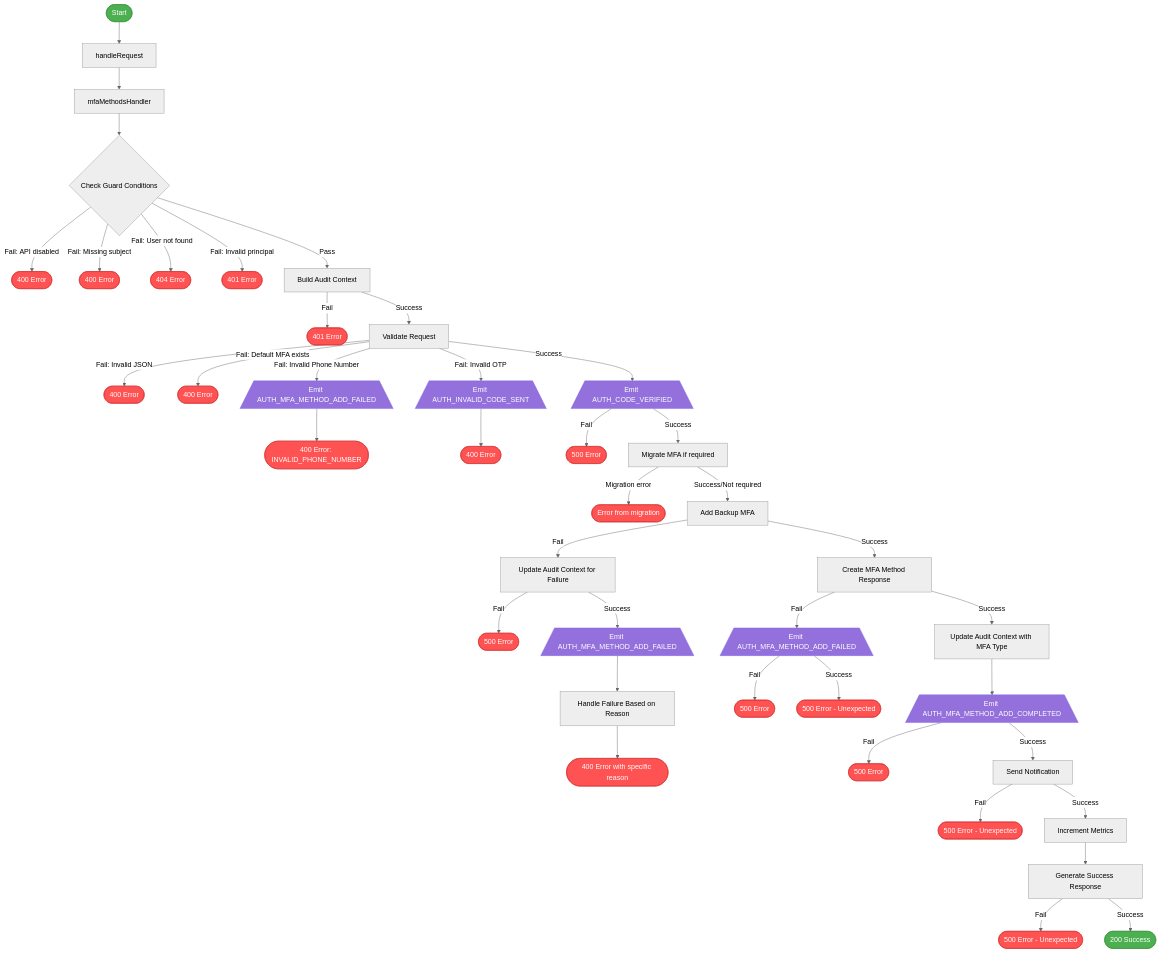
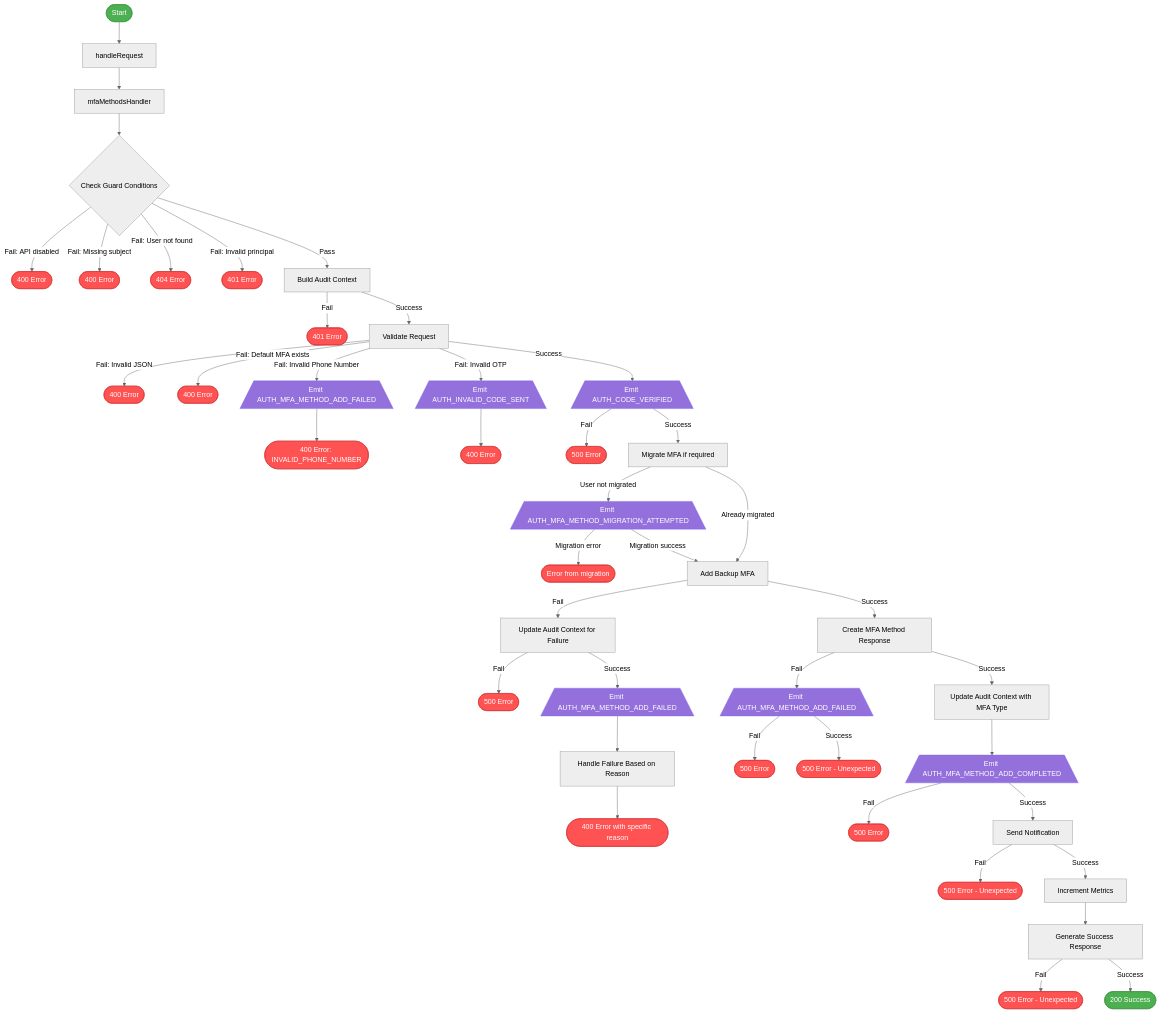
The diagram in account-management-api/docs/diagrams/mfa_method_creation_flow.md (govuk-one-login/authentication-api), drawn with Mermaid (neutral theme) before and after one commit. The commit also changed other lines of this file and 1 other file, not shown here.

Commit message:
AUT-4525: Add missing event to diagrams

```diff
--- a/account-management-api/docs/diagrams/mfa_method_creation_flow.md
+++ b/account-management-api/docs/diagrams/mfa_method_creation_flow.md
@@ -30,9 +30,12 @@
     EmitCodeVerified -->|Fail| End9([500 Error])
     
     EmitCodeVerified -->|Success| MigrateMFA[Migrate MFA if required]
-    MigrateMFA -->|Migration error| End10([Error from migration])
+    MigrateMFA -->|User not migrated| EmitMigrationAttempted[/Emit AUTH_MFA_METHOD_MIGRATION_ATTEMPTED\]
+    EmitMigrationAttempted -->|Migration error| End10([Error from migration])
+    EmitMigrationAttempted -->|Migration success| AddBackupMFA[Add Backup MFA]
     
-    MigrateMFA -->|Success/Not required| AddBackupMFA[Add Backup MFA]
+    MigrateMFA -->|Already migrated| AddBackupMFA
+    
     AddBackupMFA -->|Fail| UpdateAuditContext[Update Audit Context for Failure]
     UpdateAuditContext -->|Fail| End11([500 Error])
     UpdateAuditContext -->|Success| EmitAddFailed[/Emit AUTH_MFA_METHOD_ADD_FAILED\]
@@ -59,6 +62,7 @@
     style Start fill:#4CAF50,stroke:#388E3C,color:white
     style EmitInvalidCode fill:#9370DB,stroke:#7B68EE,color:white
     style EmitCodeVerified fill:#9370DB,stroke:#7B68EE,color:white
+    style EmitMigrationAttempted fill:#9370DB,stroke:#7B68EE,color:white
     style EmitAddFailed fill:#9370DB,stroke:#7B68EE,color:white
     style EmitAddFailedResponse fill:#9370DB,stroke:#7B68EE,color:white
     style EmitAddCompleted fill:#9370DB,stroke:#7B68EE,color:white
```
